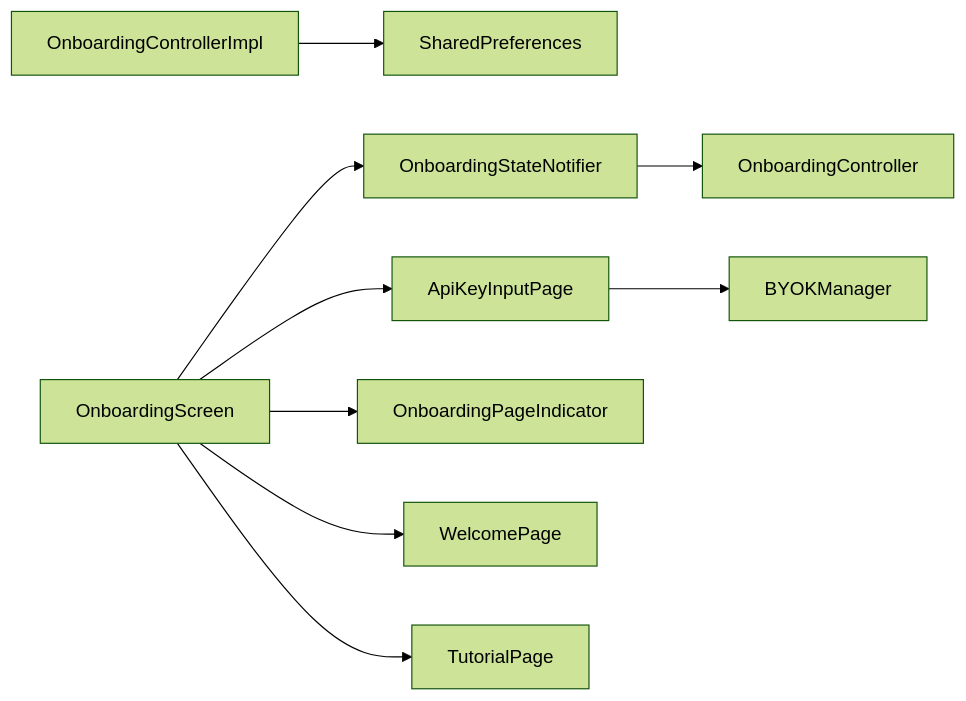
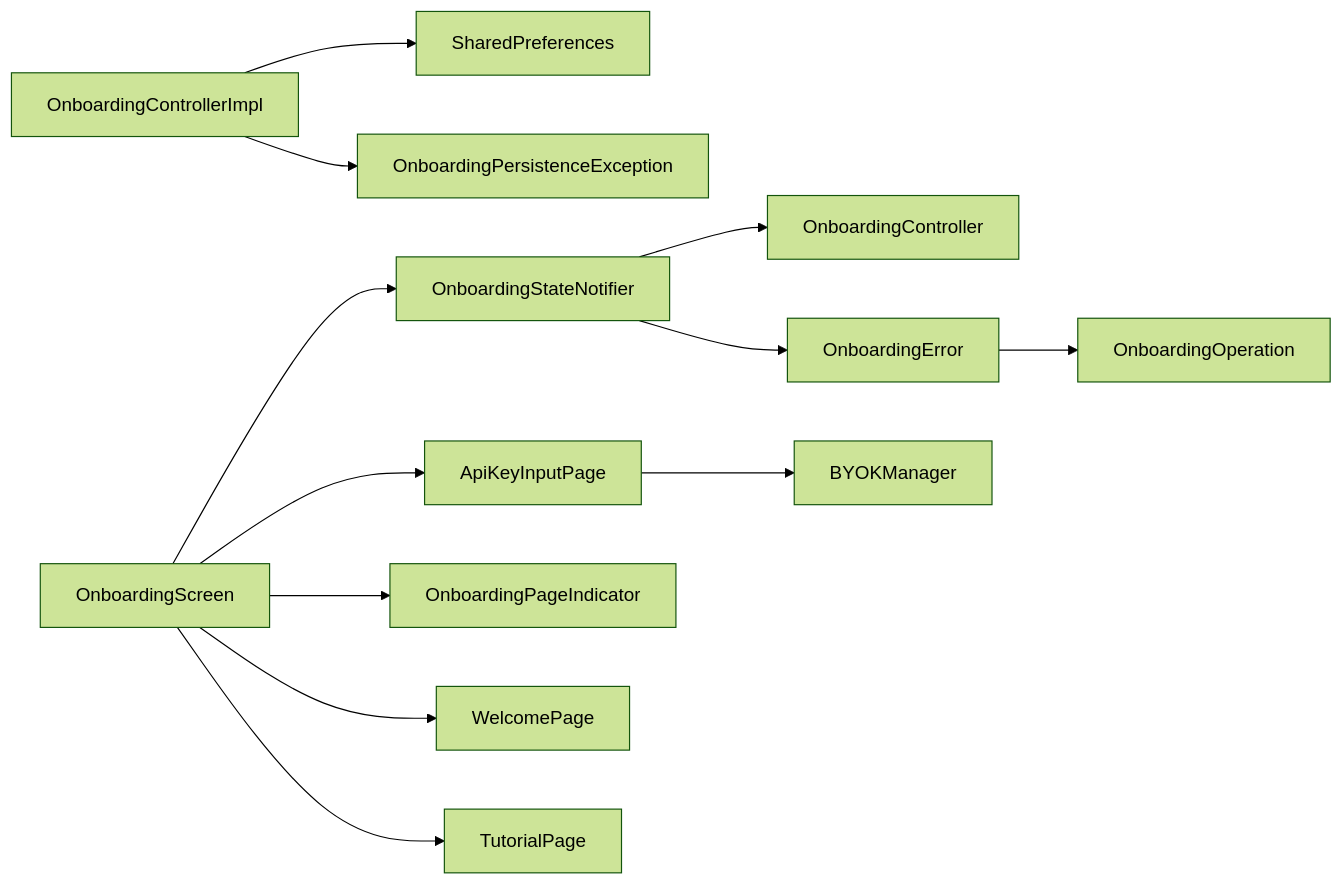
The eighth of 8 diagrams in .qoder/repowiki/en/content/Core Services/Onboarding Controller.md (JAaron93/StyleSync), drawn with Mermaid (forest theme) before and after one commit. The commit also changed other lines of this file and 36 other files, not shown here.

````diff
--- a/.qoder/repowiki/en/content/Core Services/Onboarding Controller.md
+++ b/.qoder/repowiki/en/content/Core Services/Onboarding Controller.md
@@ -362,11 +503,14 @@
 ```mermaid
 graph LR
 OCI["OnboardingControllerImpl"] --> SP["SharedPreferences"]
+OCI --> OPE["OnboardingPersistenceException"]
 OSN["OnboardingStateNotifier"] --> OC["OnboardingController"]
+OSN --> OE["OnboardingError"]
+OE --> OO["OnboardingOperation"]
 AKIP["ApiKeyInputPage"] --> BYOK["BYOKManager"]
 ONS["OnboardingScreen"] --> OSN
 ONS --> OPI["OnboardingPageIndicator"]
 ONS --> WP["WelcomePage"]
 ONS --> TP["TutorialPage"]
 ONS --> AKIP
 ```
````
